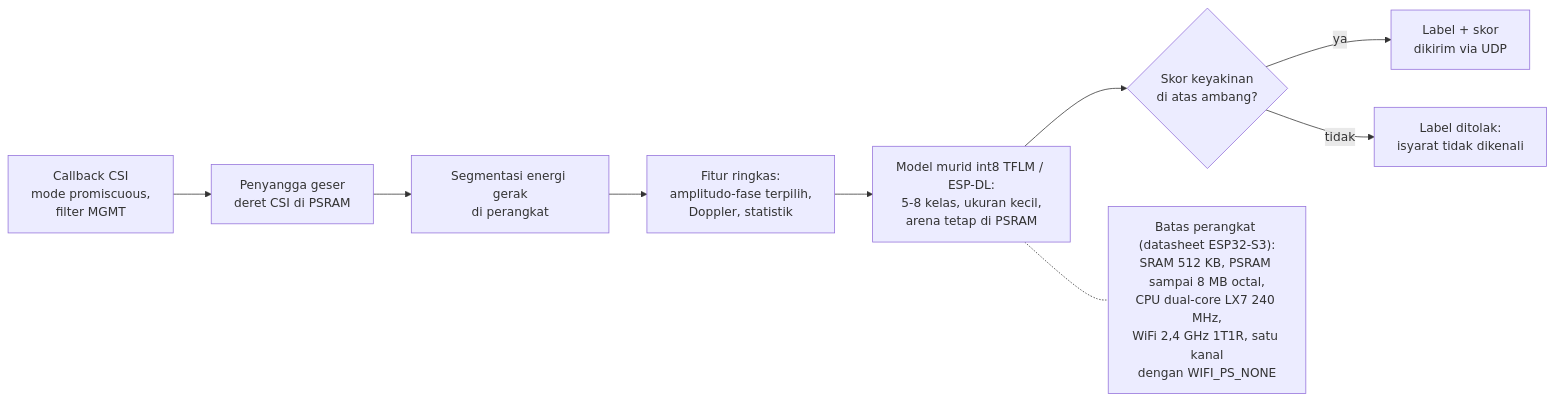
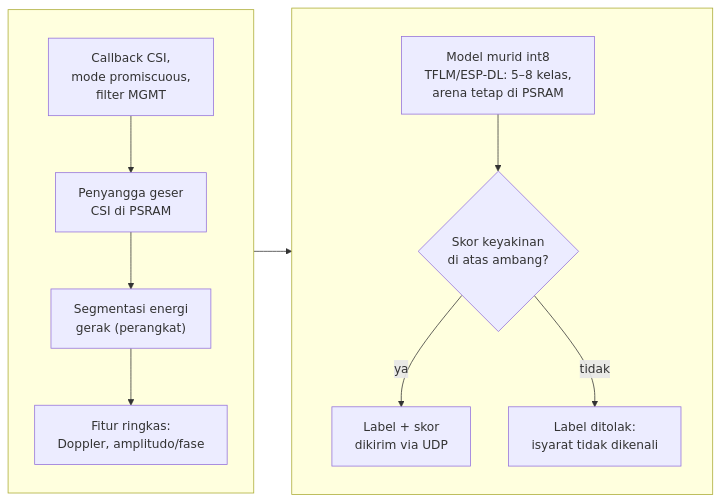
The seventh of 8 diagrams in download/translator-sibi-draft/bab3-metodologi.md (ILoveTahuTek/skripsi), drawn with Mermaid before and after one commit. The commit also changed other lines of this file and 50 other files, not shown here.

Commit message:
Redesain seluruh diagram BAB III (Task 24): 6 -> 8 figur, huruf cetak 3,2-6,4pt -> 9,2-11,8pt, integritas sumber terverifikasi; DOCX 68 hlm + laporan audit

````diff
--- a/download/translator-sibi-draft/bab3-metodologi.md
+++ b/download/translator-sibi-draft/bab3-metodologi.md
@@ -335,18 +383,24 @@
 ```mermaid
 flowchart LR
-    CSI["Callback CSI<br/>mode promiscuous,<br/>filter MGMT"]
-    BUF["Penyangga geser<br/>deret CSI di PSRAM"]
-    SEG["Segmentasi energi gerak<br/>di perangkat"]
-    FT["Fitur ringkas:<br/>amplitudo-fase terpilih,<br/>Doppler, statistik"]
-    MOD["Model murid int8 TFLM / ESP-DL:<br/>5-8 kelas, ukuran kecil,<br/>arena tetap di PSRAM"]
-    DEC{"Skor keyakinan<br/>di atas ambang?"}
-    OUT["Label + skor<br/>dikirim via UDP"]
-    RJ["Label ditolak:<br/>isyarat tidak dikenali"]
-
-    CSI --> BUF --> SEG --> FT --> MOD --> DEC
-    DEC -- "ya" --> OUT
-    DEC -- "tidak" --> RJ
-
-    NOTE["Batas perangkat (datasheet ESP32-S3):<br/>SRAM 512 KB, PSRAM sampai 8 MB octal,<br/>CPU dual-core LX7 240 MHz,<br/>WiFi 2,4 GHz 1T1R, satu kanal<br/>dengan WIFI_PS_NONE"]
-    MOD -.- NOTE
+    subgraph R1[" "]
+        direction TB
+        CSI["Callback CSI,<br/>mode promiscuous,<br/>filter MGMT"]
+        BUF["Penyangga geser<br/>CSI di PSRAM"]
+        SEG["Segmentasi energi<br/>gerak (perangkat)"]
+        FT["Fitur ringkas:<br/>Doppler, amplitudo/fase"]
+        CSI --> BUF
+        BUF --> SEG
+        SEG --> FT
+    end
+    subgraph R2[" "]
+        direction TB
+        MOD["Model murid int8<br/>TFLM/ESP-DL: 5–8 kelas,<br/>arena tetap di PSRAM"]
+        DEC{"Skor keyakinan<br/>di atas ambang?"}
+        OUT["Label + skor<br/>dikirim via UDP"]
+        RJ["Label ditolak:<br/>isyarat tidak dikenali"]
+        MOD --> DEC
+        DEC -- "ya" --> OUT
+        DEC -- "tidak" --> RJ
+    end
+    R1 --> R2
 ```
````
